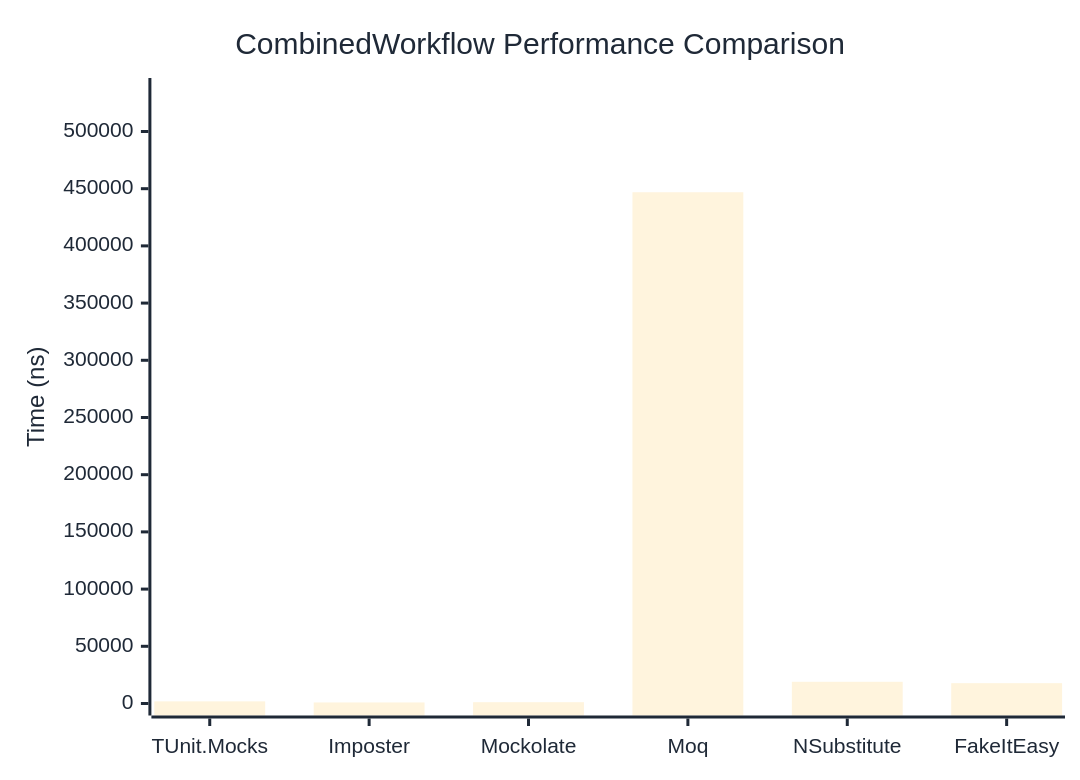
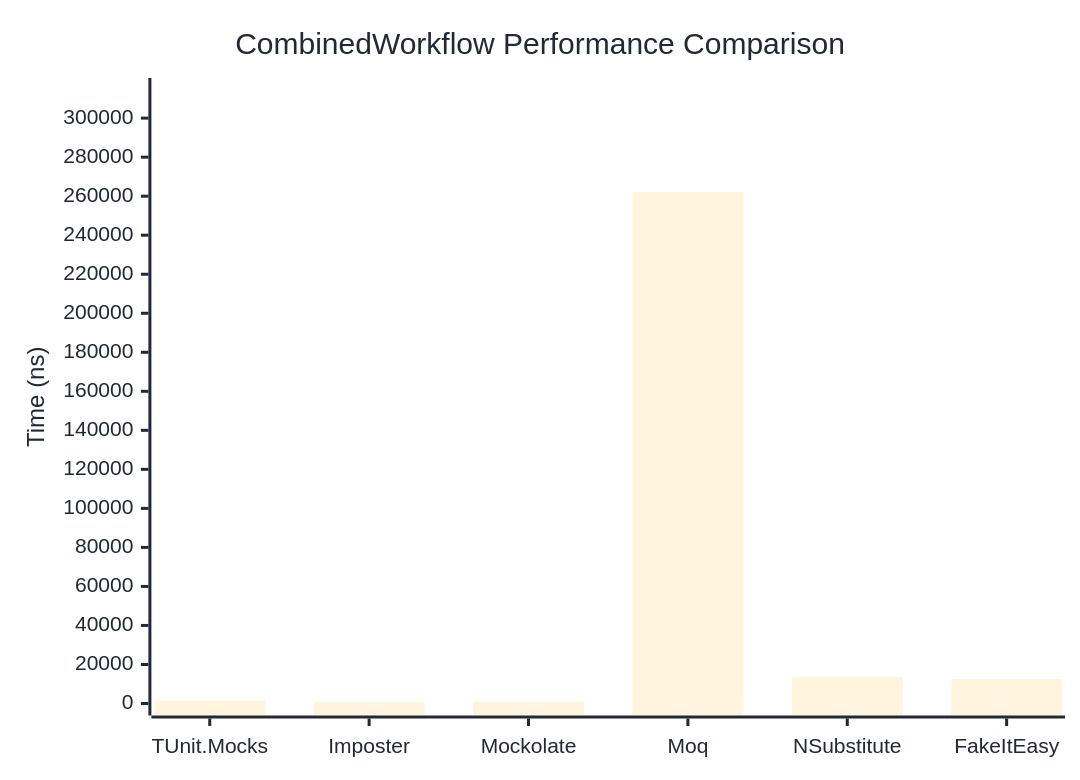
One commit to thomhurst/TUnit changed the diagram in docs/docs/benchmarks/mocks/CombinedWorkflow.md. Above: the diagram before and after it, drawn with Mermaid. The commit also changed other lines of this file and 14 other files, not shown here.

````diff
--- a/docs/docs/benchmarks/mocks/CombinedWorkflow.md
+++ b/docs/docs/benchmarks/mocks/CombinedWorkflow.md
@@ -30,27 +30,27 @@
 ```mermaid
 %%{init: {
   'theme':'base',
   'themeVariables': {
     'primaryColor': '#2563eb',
     'primaryTextColor': '#1f2937',
     'primaryBorderColor': '#1e40af',
     'lineColor': '#6b7280',
     'secondaryColor': '#7c3aed',
     'tertiaryColor': '#dc2626',
     'background': '#ffffff',
     'pie1': '#2563eb',
     'pie2': '#7c3aed',
     'pie3': '#dc2626',
     'pie4': '#f59e0b',
     'pie5': '#10b981',
     'pie6': '#06b6d4',
     'pie7': '#ec4899',
     'pie8': '#6366f1'
   }
 }}%%
 xychart-beta
   title "CombinedWorkflow Performance Comparison"
   x-axis ["TUnit.Mocks", "Imposter", "Mockolate", "Moq", "NSubstitute", "FakeItEasy"]
-  y-axis "Time (ns)" 0 --> 536262
-  bar [1859, 915.4, 1142.1, 446884.9, 18978.9, 17767.5]
+  y-axis "Time (ns)" 0 --> 314415
+  bar [1481.5, 790.6, 857.9, 262011.8, 13616.3, 12512.9]
 ```
````
